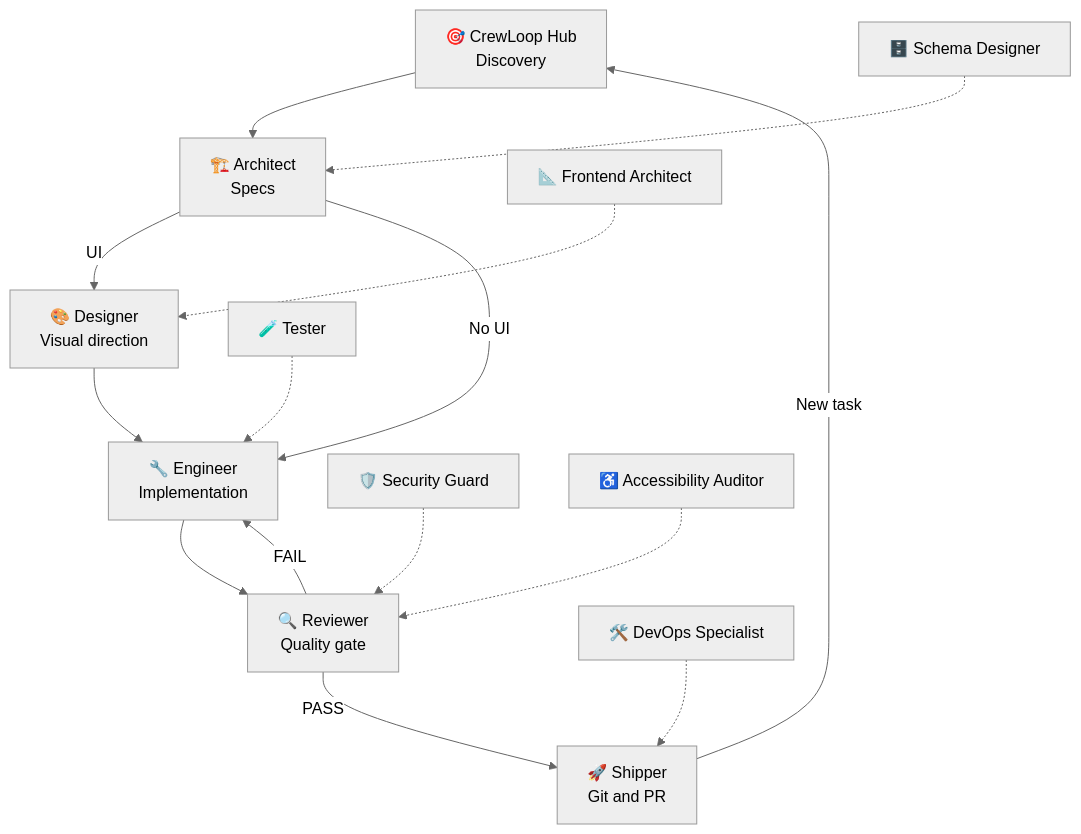
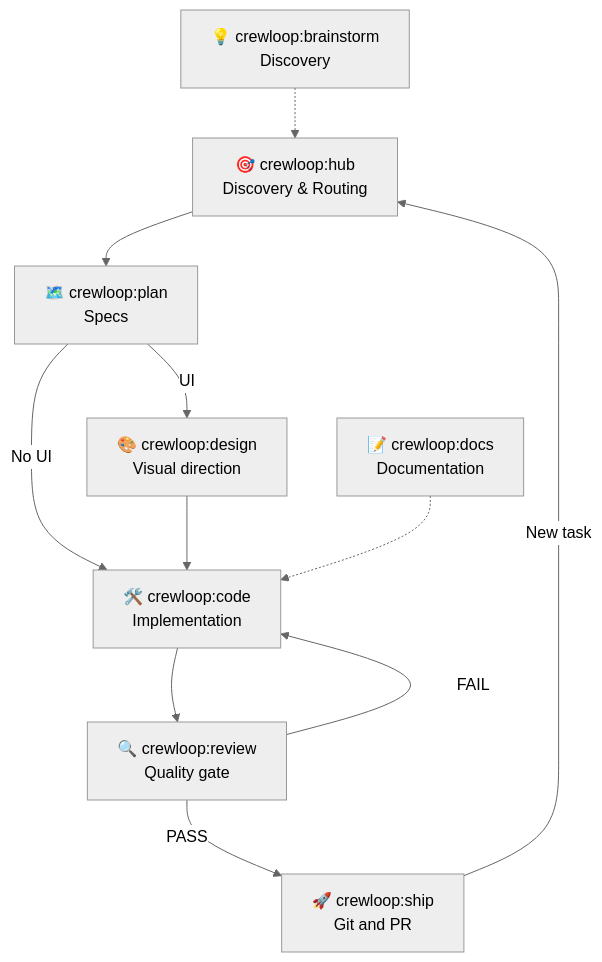
The diagram in docs/public/docs/concepts/workflow.md (leorsousa05/CrewLoop), drawn with Mermaid (neutral theme) before and after one commit. The commit also changed other lines of this file and 117 other files, not shown here.

First line of the commit message:
feat(skills): finalize skill namespace reduction and automatic routing specs

````diff
--- a/docs/public/docs/concepts/workflow.md
+++ b/docs/public/docs/concepts/workflow.md
@@ -11,18 +11,14 @@
 ```mermaid
 flowchart TD
-    H["🎯 CrewLoop Hub<br/>Discovery"] --> A["🏗️ Architect<br/>Specs"]
-    A -->|UI| D["🎨 Designer<br/>Visual direction"]
-    A -->|No UI| E["🔧 Engineer<br/>Implementation"]
-    D --> E
-    E --> R["🔍 Reviewer<br/>Quality gate"]
-    R -->|PASS| S["🚀 Shipper<br/>Git and PR"]
-    R -->|FAIL| E
+    H["🎯 crewloop:hub<br/>Discovery & Routing"] --> P["🗺️ crewloop:plan<br/>Specs"]
+    P -->|UI| D["🎨 crewloop:design<br/>Visual direction"]
+    P -->|No UI| C["🛠️ crewloop:code<br/>Implementation"]
+    D --> C
+    C --> R["🔍 crewloop:review<br/>Quality gate"]
+    R -->|PASS| S["🚀 crewloop:ship<br/>Git and PR"]
+    R -->|FAIL| C
     S -->|New task| H
 
-    SG["🛡️ Security Guard"] -.-> R
-    AA["♿ Accessibility Auditor"] -.-> R
-    T["🧪 Tester"] -.-> E
-    SD["🗄️ Schema Designer"] -.-> A
-    FA["📐 Frontend Architect"] -.-> D
-    DO["🛠️ DevOps Specialist"] -.-> S
+    B["💡 crewloop:brainstorm<br/>Discovery"] -.-> H
+    DOC["📝 crewloop:docs<br/>Documentation"] -.-> C
 ```
````
